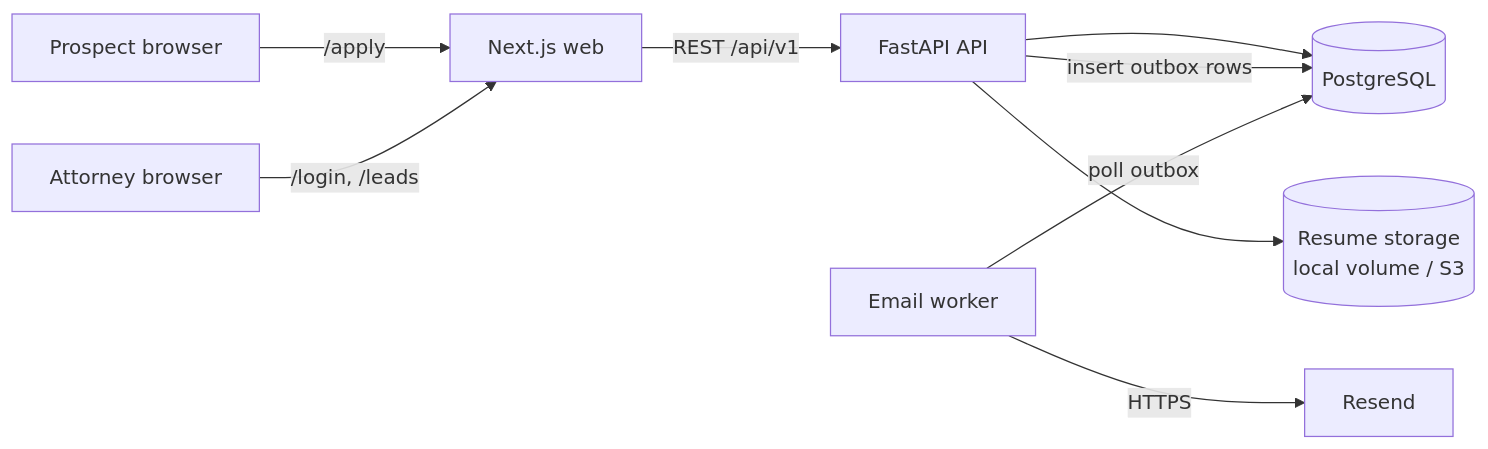
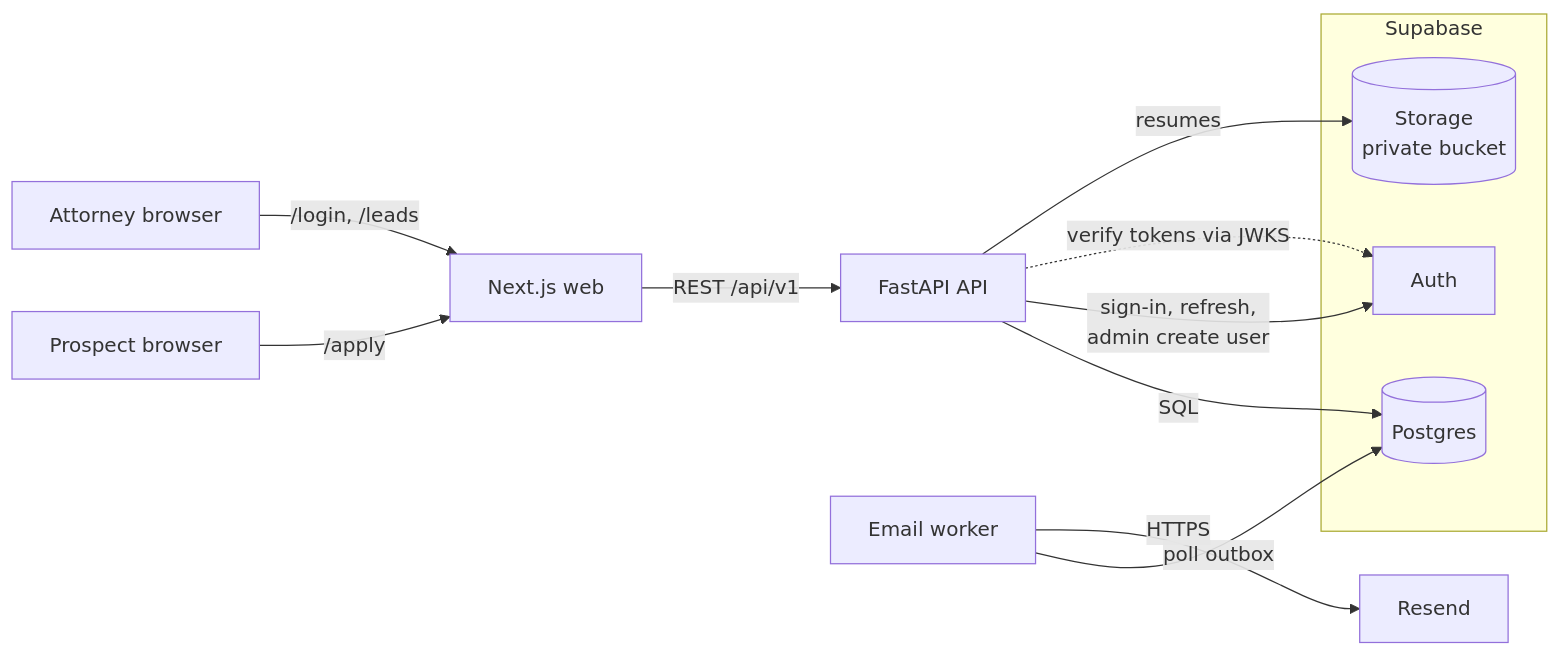
One commit to gilito345/alma-leads-app changed the first of 3 diagrams in docs/DESIGN.md. Above: the diagram before and after it, drawn with Mermaid. The commit also changed other lines of this file and 34 other files, not shown here.

First line of the commit message:
Move database, auth and resume storage to Supabase

````diff
--- a/docs/DESIGN.md
+++ b/docs/DESIGN.md
@@ -28,11 +28,17 @@
 ```mermaid
 flowchart LR
     P[Prospect browser] -->|/apply| WEB[Next.js web]
     A[Attorney browser] -->|/login, /leads| WEB
     WEB -->|REST /api/v1| API[FastAPI API]
-    API --> DB[(PostgreSQL)]
-    API --> S3[(Resume storage<br/>local volume / S3)]
-    API -->|insert outbox rows| DB
+    subgraph SB[Supabase]
+        DB[(Postgres)]
+        AUTH[Auth]
+        STORE[(Storage<br/>private bucket)]
+    end
+    API -->|SQL| DB
+    API -->|sign-in, refresh,<br/>admin create user| AUTH
+    API -.->|verify tokens via JWKS| AUTH
+    API -->|resumes| STORE
     WORKER[Email worker] -->|poll outbox| DB
     WORKER -->|HTTPS| RESEND[Resend]
 ```
````
